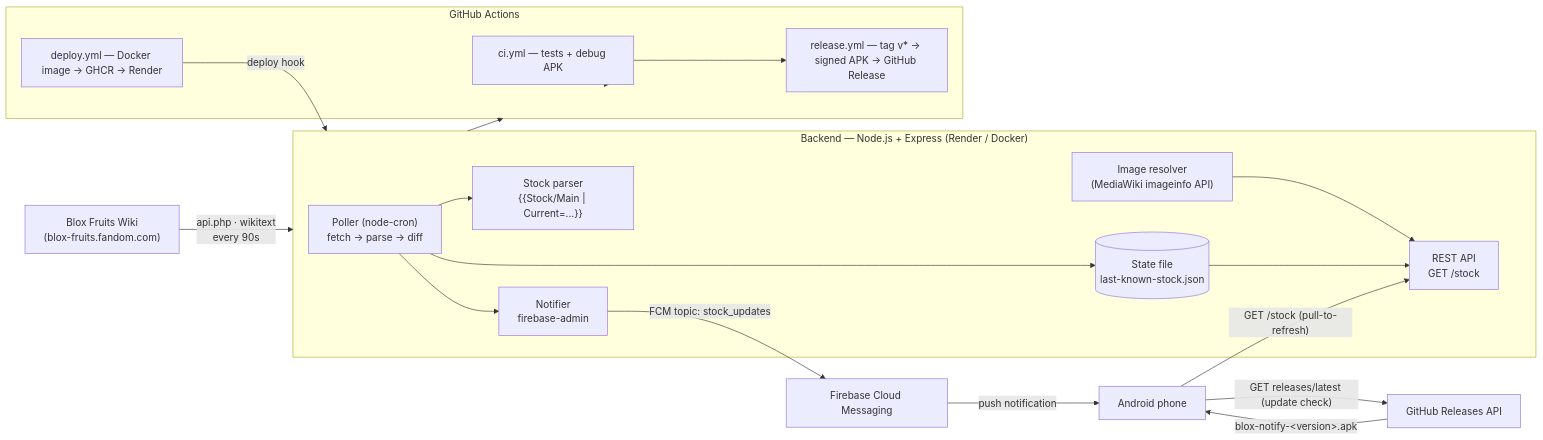
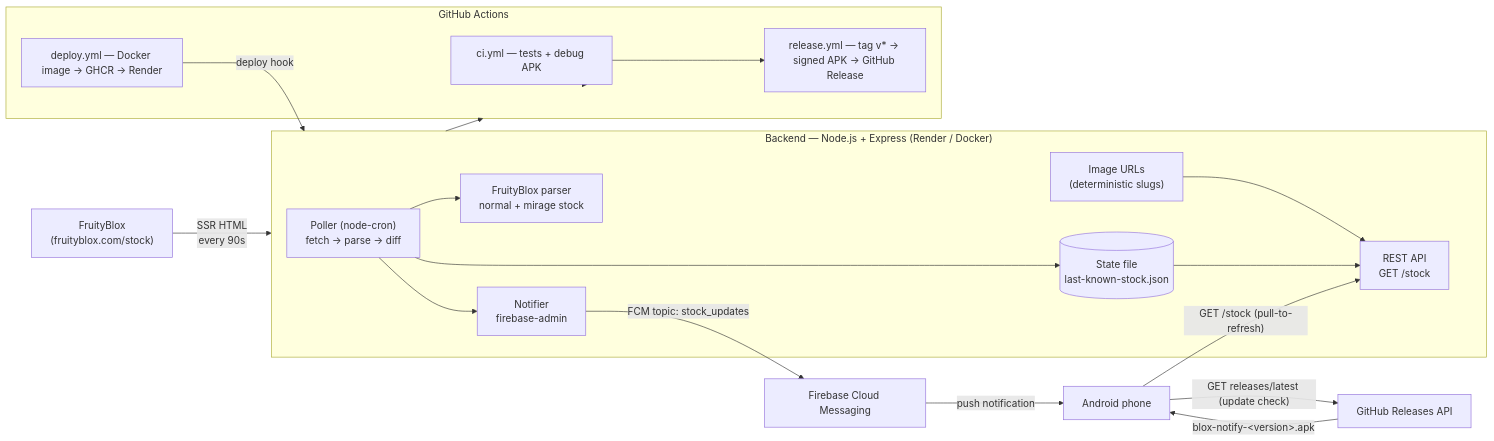
Before and after one commit to AnushGurung11/BloxNotify: the first of 3 diagrams in README.md, drawn with Mermaid. The commit also changed other lines of this file and 36 other files, not shown here.

First line of the commit message:
feat: live FruityBlox stock (normal + mirage), countdowns, prediction & history tabs, keep-alive health endpoint

````diff
--- a/README.md
+++ b/README.md
@@ -30,37 +30,37 @@
 ```mermaid
 flowchart LR
-    WIKI["Blox Fruits Wiki<br/>(blox-fruits.fandom.com)"] -->|"api.php · wikitext<br/>every 90s"| BACKEND
+    FB["FruityBlox<br/>(fruityblox.com/stock)"] -->|"SSR HTML<br/>every 90s"| BACKEND
 
     subgraph BACKEND["Backend — Node.js + Express (Render / Docker)"]
         POLLER["Poller (node-cron)<br/>fetch → parse → diff"]
-        PARSER["Stock parser<br/>{{Stock/Main | Current=...}}"]
+        PARSER["FruityBlox parser<br/>normal + mirage stock"]
         STORE[("State file<br/>last-known-stock.json")]
-        IMAGES["Image resolver<br/>(MediaWiki imageinfo API)"]
+        IMAGES["Image URLs<br/>(deterministic slugs)"]
         FCM["Notifier<br/>firebase-admin"]
         API["REST API<br/>GET /stock"]
     end
 
     POLLER --> PARSER
     POLLER --> STORE
     POLLER --> FCM
     IMAGES --> API
     STORE --> API
 
     FCM -->|"FCM topic: stock_updates"| FIREBASE["Firebase Cloud Messaging"]
 
     FIREBASE -->|push notification| PHONE["Android phone"]
     PHONE -->|"GET /stock (pull-to-refresh)"| API
     PHONE -->|"GET releases/latest (update check)"| GH["GitHub Releases API"]
     GH -->|"blox-notify-&lt;version&gt;.apk"| PHONE
 
     subgraph CI["GitHub Actions"]
         CIJOB["ci.yml — tests + debug APK"]
         DEPLOY["deploy.yml — Docker image → GHCR → Render"]
         RELEASE["release.yml — tag v* → signed APK → GitHub Release"]
     end
 
     BACKEND --> CI
     CI --> CIJOB
     CIJOB --> RELEASE
     DEPLOY -->|"deploy hook"| BACKEND
 ```
````
